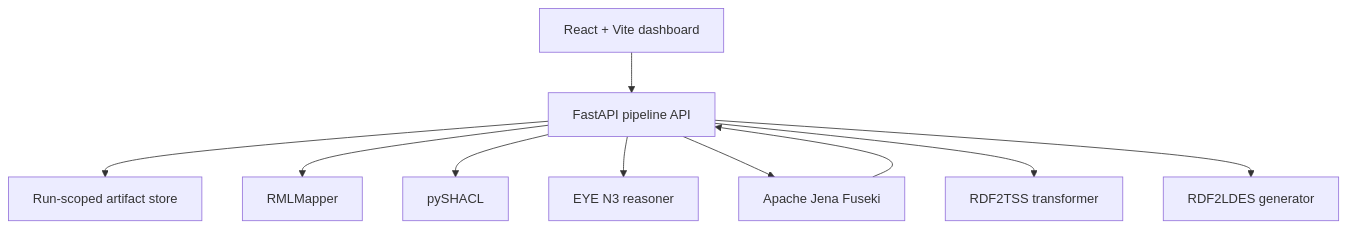
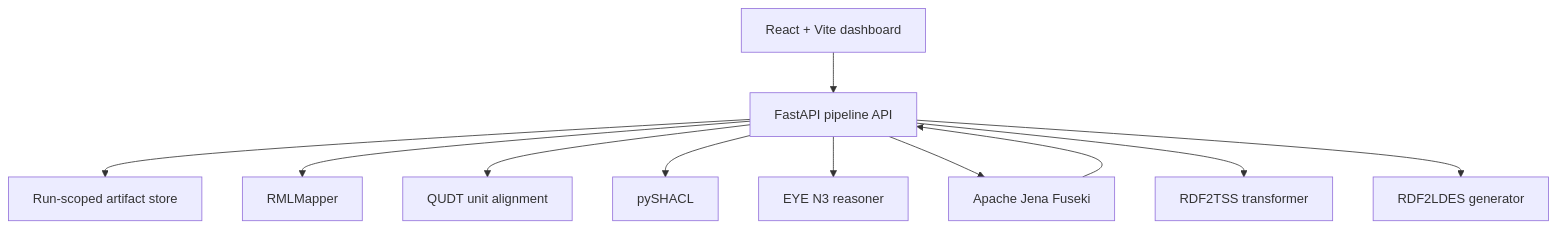
One commit to ShehabEldeenAyman/Generic-Dashboard-System changed the second of 2 diagrams in README.md. Above: the diagram before and after it, drawn with Mermaid. The commit also changed other lines of this file and 15 other files, not shown here.

````diff
--- a/README.md
+++ b/README.md
@@ -132,12 +144,13 @@
 ```mermaid
 flowchart TB
     UI["React + Vite dashboard"] --> API["FastAPI pipeline API"]
     API --> STORE["Run-scoped artifact store"]
     API --> RML["RMLMapper"]
+    API --> ALIGN["QUDT unit alignment"]
     API --> SHACL["pySHACL"]
     API --> EYE["EYE N3 reasoner"]
     API --> FUSEKI["Apache Jena Fuseki"]
     API --> TSS["RDF2TSS transformer"]
     API --> LDES["RDF2LDES generator"]
     FUSEKI --> API
 ```
````
